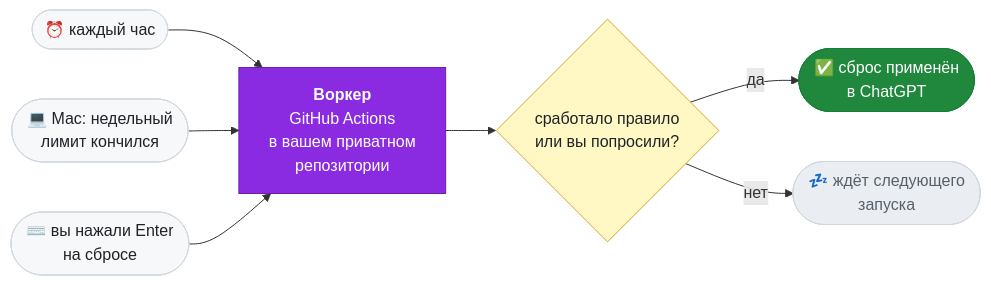
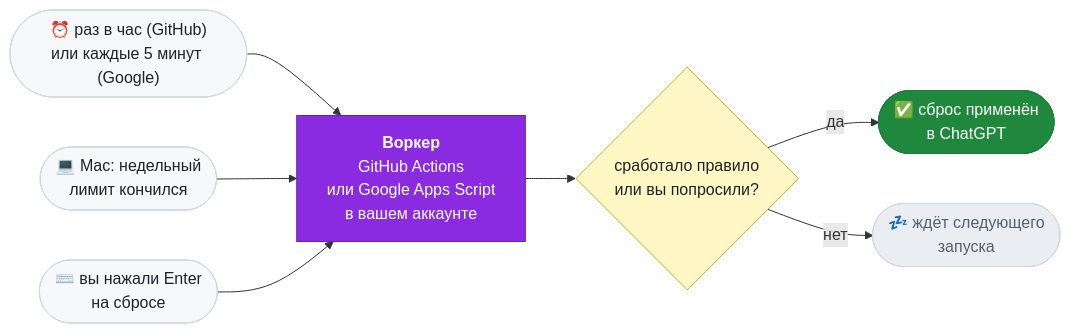
The diagram in docs/README.ru.md (Keshaqaz/ares), drawn with Mermaid before and after one commit. The commit also changed other lines of this file and 3 other files, not shown here.

First line of the commit message:
Document the Google Apps Script platform, its install screens and uninstall

````diff
--- a/docs/README.ru.md
+++ b/docs/README.ru.md
@@ -73,28 +73,28 @@
 ```mermaid
 flowchart LR
-  hour(["⏰ каждый час"])
+  hour(["⏰ раз в час (GitHub)<br/>или каждые 5 минут (Google)"])
   mac(["💻 Mac: недельный<br/>лимит кончился"])
   you(["⌨️ вы нажали Enter<br/>на сбросе"])
-  worker["<b>Воркер</b><br/>GitHub Actions<br/>в вашем приватном<br/>репозитории"]
+  worker["<b>Воркер</b><br/>GitHub Actions<br/>или Google Apps Script<br/>в вашем аккаунте"]
   due{"сработало правило<br/>или вы попросили?"}
   apply(["✅ сброс применён<br/>в ChatGPT"])
   wait(["💤 ждёт следующего<br/>запуска"])
 
   hour --> worker
   mac --> worker
   you --> worker
   worker --> due
   due -- да --> apply
   due -- нет --> wait
 
   classDef trigger fill:#f6f8fa,stroke:#d0d7de,color:#1f2328
   classDef main fill:#8A2BE2,stroke:#6a1fb0,color:#ffffff
   classDef check fill:#fff8c5,stroke:#d4a72c,color:#1f2328
   classDef ok fill:#1f883d,stroke:#1a7f37,color:#ffffff
   classDef idle fill:#eaeef2,stroke:#d0d7de,color:#57606a
   class hour,mac,you trigger
   class worker main
   class due check
   class apply ok
   class wait idle
 ```
````
